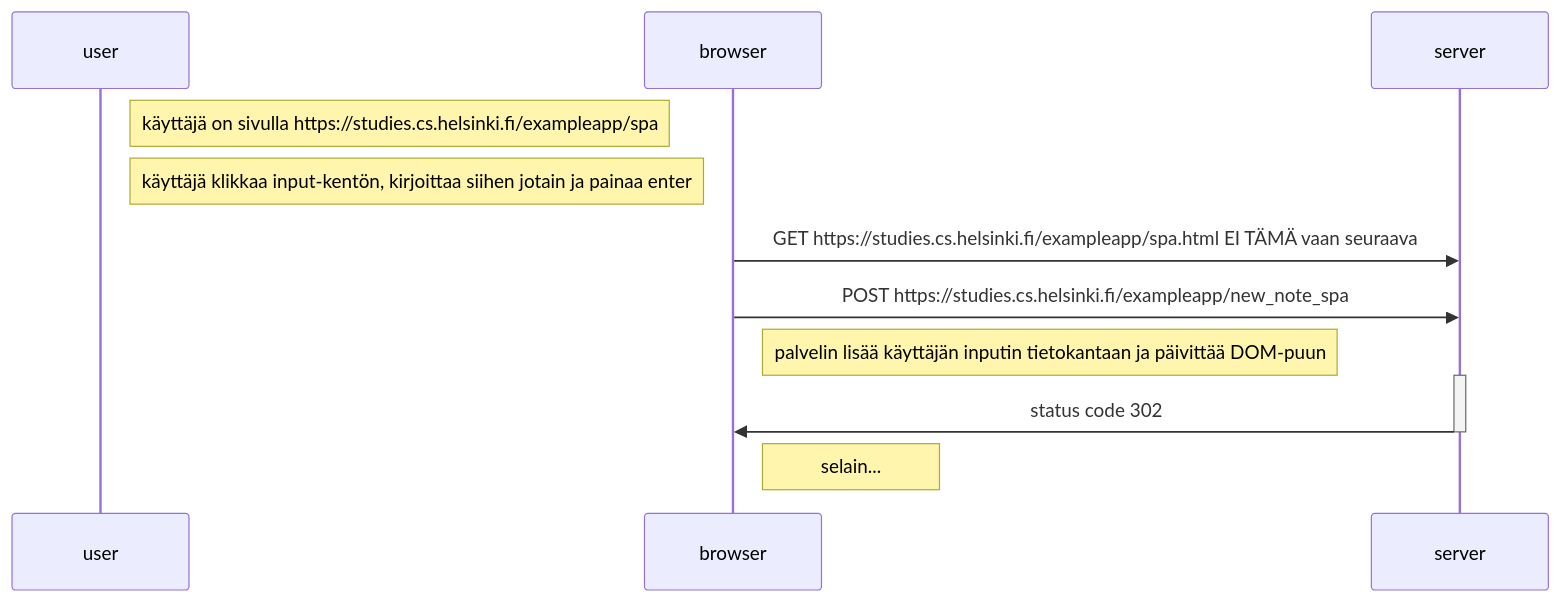
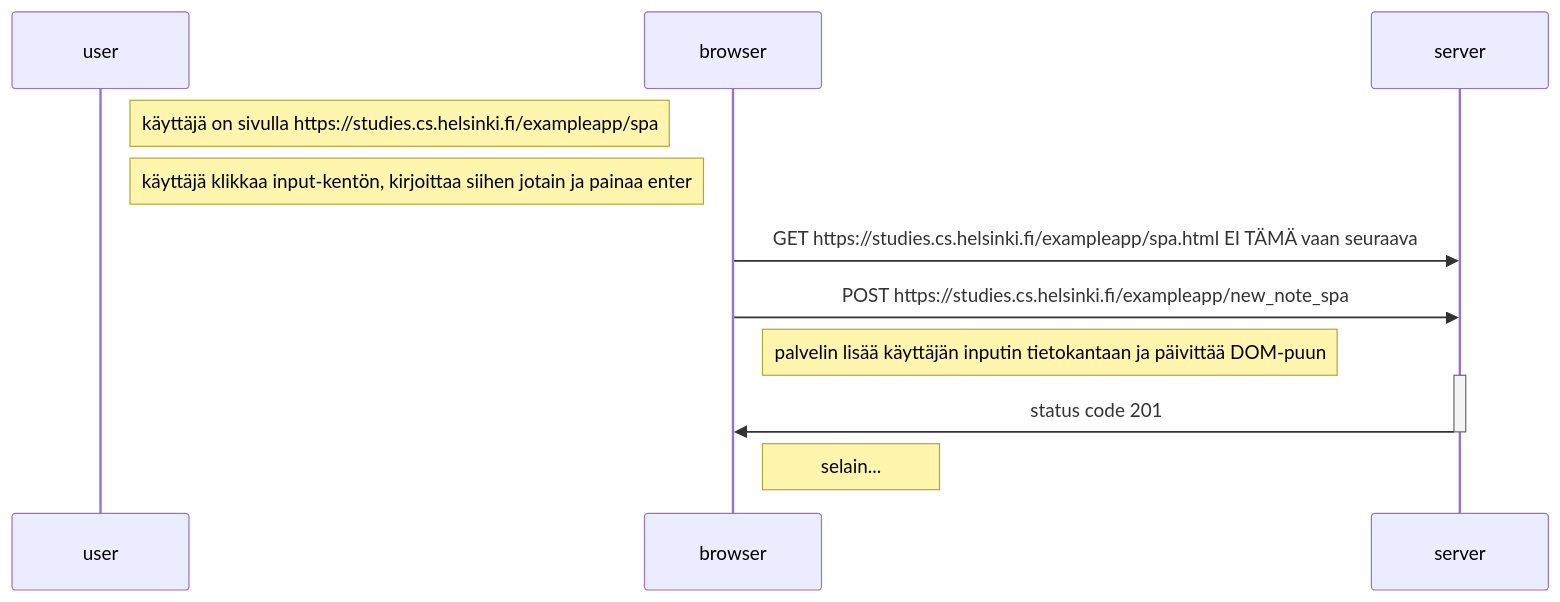
The diagram in mermaid-test9.md (moocjsi/mooc-harj03), drawn with Mermaid before and after one commit.

````diff
--- a/mermaid-test9.md
+++ b/mermaid-test9.md
@@ -2,22 +2,22 @@
 ```mermaid
 sequenceDiagram
     participant user
     participant browser
     participant server
 
     Note right of user: käyttäjä on sivulla https://studies.cs.helsinki.fi/exampleapp/spa
     Note right of user: käyttäjä klikkaa input-kentön, kirjoittaa siihen jotain ja painaa enter
     
     browser->>server: GET  https://studies.cs.helsinki.fi/exampleapp/spa.html  EI TÄMÄ vaan seuraava
     browser->>server: POST https://studies.cs.helsinki.fi/exampleapp/new_note_spa
 
     Note right of browser: palvelin lisää käyttäjän inputin tietokantaan ja päivittää DOM-puun
 
     activate server
-    server->>browser: status code 302
+    server->>browser: status code 201
     deactivate server
 
     Note right of browser: selain...
 
 
 ```
````
